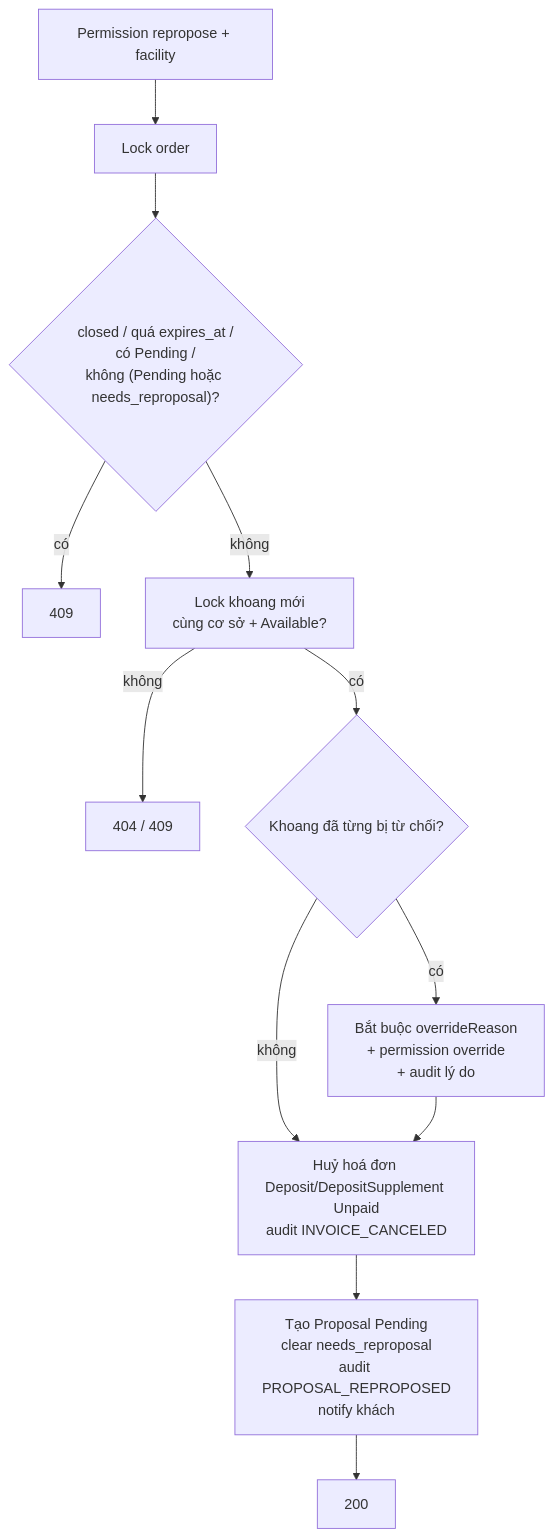
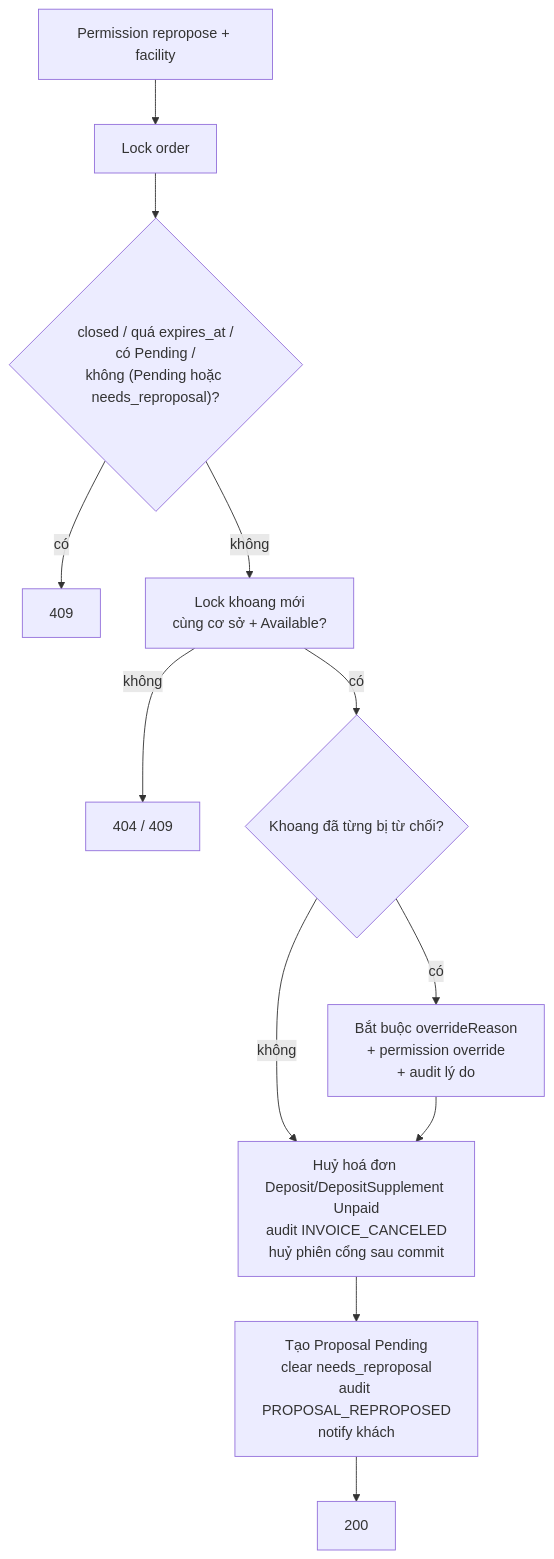
The third of 3 diagrams in backend/docs/booking/proposal-flow.md (BiBo364/self-storage), drawn with Mermaid before and after one commit. The commit also changed other lines of this file and 133 other files, not shown here.

````diff
--- a/backend/docs/booking/proposal-flow.md
+++ b/backend/docs/booking/proposal-flow.md
@@ -59,14 +74,14 @@
 ```mermaid
 flowchart TB
     P0["Permission repropose + facility"] --> P1["Lock order"]
     P1 --> P2{"closed / quá expires_at /<br/>có Pending /<br/>không (Pending hoặc needs_reproposal)?"}
     P2 -- có --> P409["409"]
     P2 -- không --> P3["Lock khoang mới<br/>cùng cơ sở + Available?"]
     P3 -- không --> P44["404 / 409"]
     P3 -- có --> P4{"Khoang đã từng bị từ chối?"}
     P4 -- có --> P5["Bắt buộc overrideReason<br/>+ permission override<br/>+ audit lý do"]
-    P4 -- không --> P6["Huỷ hoá đơn Deposit/DepositSupplement Unpaid<br/>audit INVOICE_CANCELED"]
+    P4 -- không --> P6["Huỷ hoá đơn Deposit/DepositSupplement Unpaid<br/>audit INVOICE_CANCELED<br/>huỷ phiên cổng sau commit"]
     P5 --> P6
     P6 --> P7["Tạo Proposal Pending<br/>clear needs_reproposal<br/>audit PROPOSAL_REPROPOSED<br/>notify khách"]
     P7 --> P8["200"]
 ```
````
